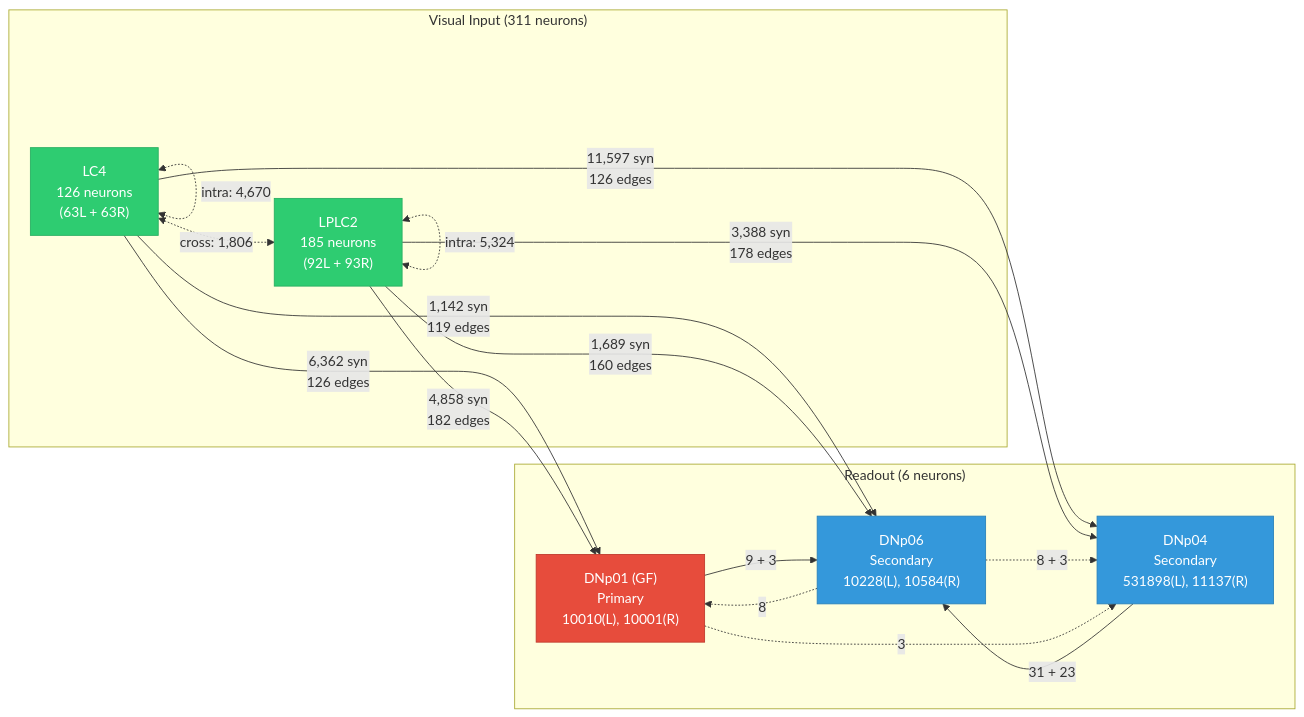
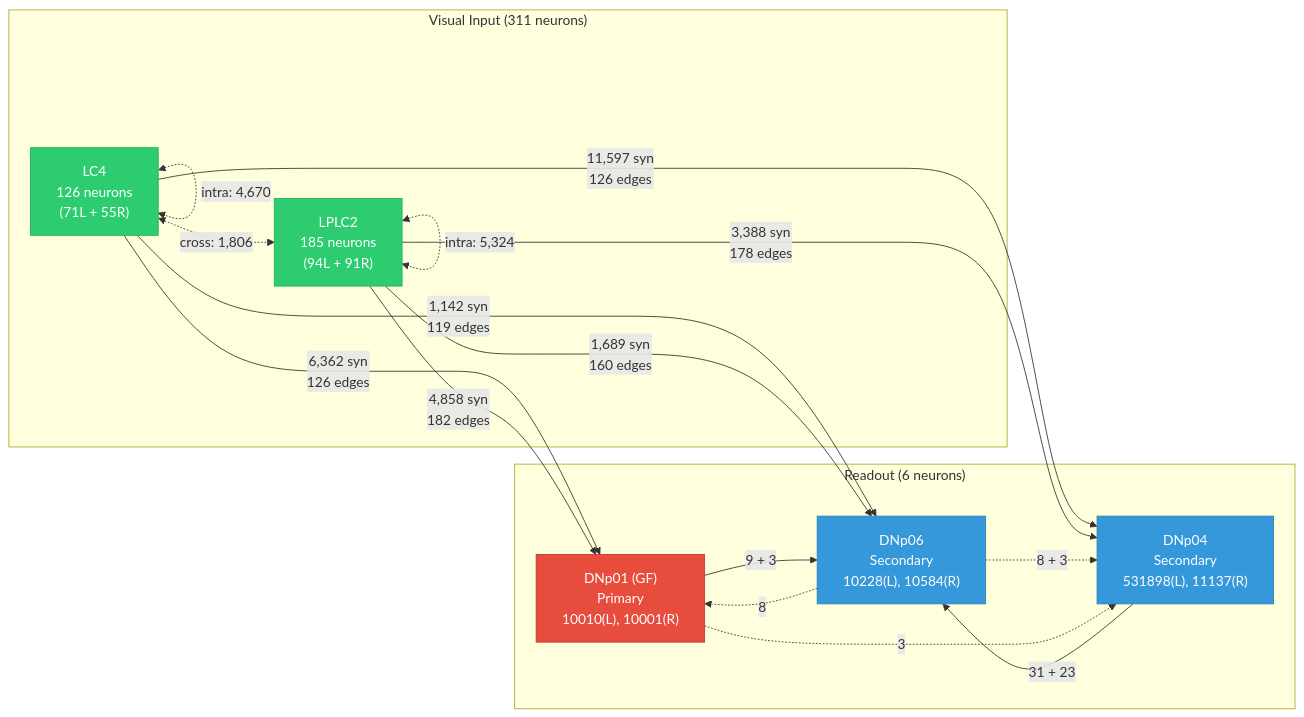
One commit to Rhythem2005/Computational-Modeling-of-Drosophila-Visual-Escape changed the diagram in connectome/phase3/specification.md. Above: the diagram before and after it, drawn with Mermaid. The commit also changed other lines of this file and 17 other files, not shown here.

````diff
--- a/connectome/phase3/specification.md
+++ b/connectome/phase3/specification.md
@@ -52,37 +52,37 @@
 ```mermaid
 graph LR
     subgraph Visual_Input["Visual Input (311 neurons)"]
-        LC4["LC4<br/>126 neurons<br/>(63L + 63R)"]
-        LPLC2["LPLC2<br/>185 neurons<br/>(92L + 93R)"]
+        LC4["LC4<br/>126 neurons<br/>(71L + 55R)"]
+        LPLC2["LPLC2<br/>185 neurons<br/>(94L + 91R)"]
     end
 
     subgraph Readout["Readout (6 neurons)"]
         DNp01["DNp01 (GF)<br/>Primary<br/>10010(L), 10001(R)"]
         DNp04["DNp04<br/>Secondary<br/>531898(L), 11137(R)"]
         DNp06["DNp06<br/>Secondary<br/>10228(L), 10584(R)"]
     end
 
     LC4 -->|"6,362 syn<br/>126 edges"| DNp01
     LC4 -->|"11,597 syn<br/>126 edges"| DNp04
     LC4 -->|"1,142 syn<br/>119 edges"| DNp06
 
     LPLC2 -->|"4,858 syn<br/>182 edges"| DNp01
     LPLC2 -->|"3,388 syn<br/>178 edges"| DNp04
     LPLC2 -->|"1,689 syn<br/>160 edges"| DNp06
 
     LC4 <-.->|"intra: 4,670"| LC4
     LPLC2 <-.->|"intra: 5,324"| LPLC2
     LC4 <-.->|"cross: 1,806"| LPLC2
 
     DNp04 -->|"31 + 23"| DNp06
     DNp01 -->|"9 + 3"| DNp06
     DNp06 -.->|"8 + 3"| DNp04
     DNp06 -.->|"8"| DNp01
     DNp01 -.->|"3"| DNp04
 
     style DNp01 fill:#e74c3c,color:#fff,stroke:#c0392b
     style DNp04 fill:#3498db,color:#fff,stroke:#2980b9
     style DNp06 fill:#3498db,color:#fff,stroke:#2980b9
     style LC4 fill:#2ecc71,color:#fff,stroke:#27ae60
     style LPLC2 fill:#2ecc71,color:#fff,stroke:#27ae60
 ```
````
